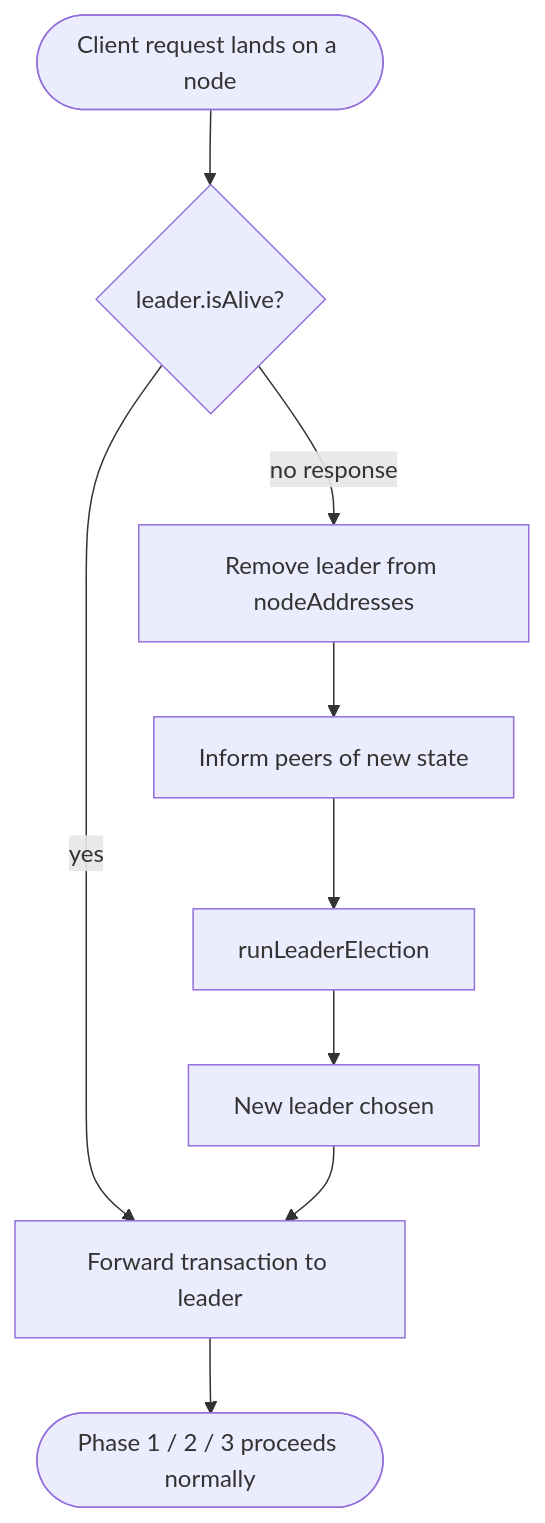
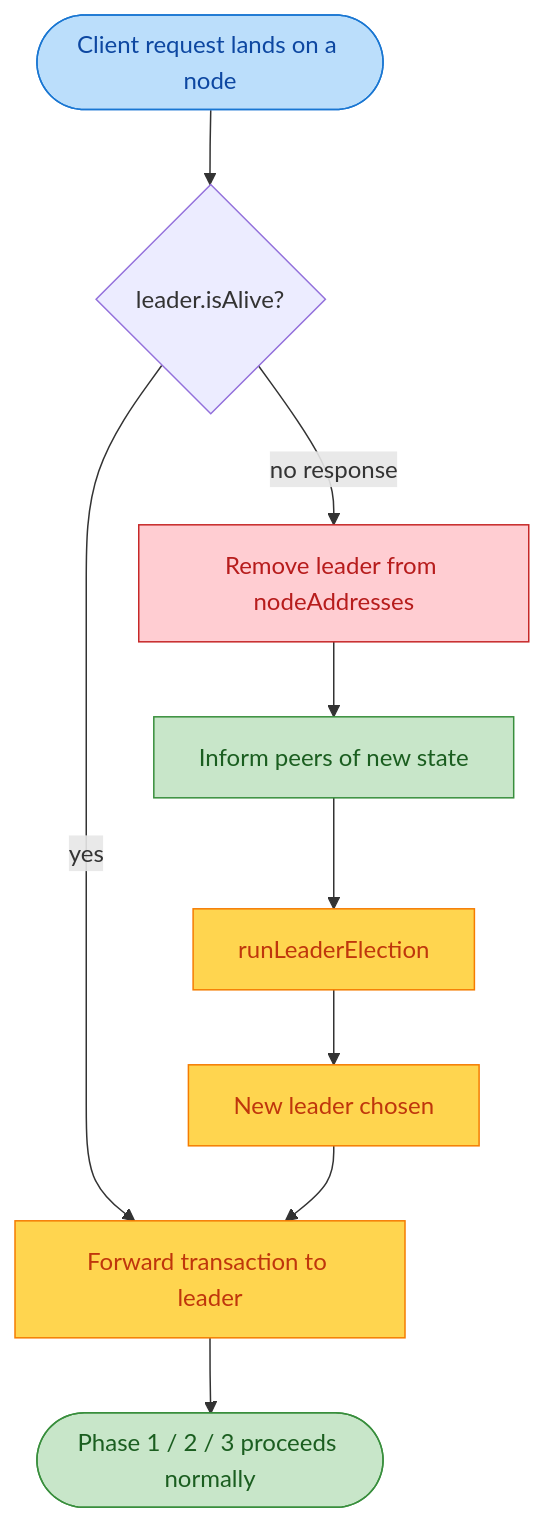
Before and after one commit to magana272/PAXOS-Key-Value-Store: the fourth of 5 diagrams in README.md, drawn with Mermaid. The commit also changed other lines of this file, not shown here.

First line of the commit message:
docs(readme): add Leader Election section and color the diagrams

````diff
--- a/README.md
+++ b/README.md
@@ -120,11 +136,15 @@
 ```mermaid
 flowchart TD
-    Start([Client request lands on a node]) --> Check{leader.isAlive?}
-    Check -- yes --> Forward[Forward transaction to leader]
-    Check -- no response --> Remove[Remove leader from nodeAddresses]
-    Remove --> Inform[Inform peers of new state]
-    Inform --> Elect[runLeaderElection]
-    Elect --> NewLeader[New leader chosen]
+    Start([Client request lands on a node]):::client --> Check{leader.isAlive?}
+    Check -- yes --> Forward[Forward transaction to leader]:::leader
+    Check -- no response --> Remove[Remove leader from nodeAddresses]:::fail
+    Remove --> Inform[Inform peers of new state]:::acceptor
+    Inform --> Elect[runLeaderElection]:::leader
+    Elect --> NewLeader[New leader chosen]:::leader
     NewLeader --> Forward
-    Forward --> Done([Phase 1 / 2 / 3 proceeds normally])
+    Forward --> Done([Phase 1 / 2 / 3 proceeds normally]):::acceptor
+    classDef client fill:#bbdefb,stroke:#1976d2,color:#0d47a1
+    classDef leader fill:#ffd54f,stroke:#f57c00,color:#bf360c
+    classDef acceptor fill:#c8e6c9,stroke:#388e3c,color:#1b5e20
+    classDef fail fill:#ffcdd2,stroke:#c62828,color:#b71c1c
 ```
````
